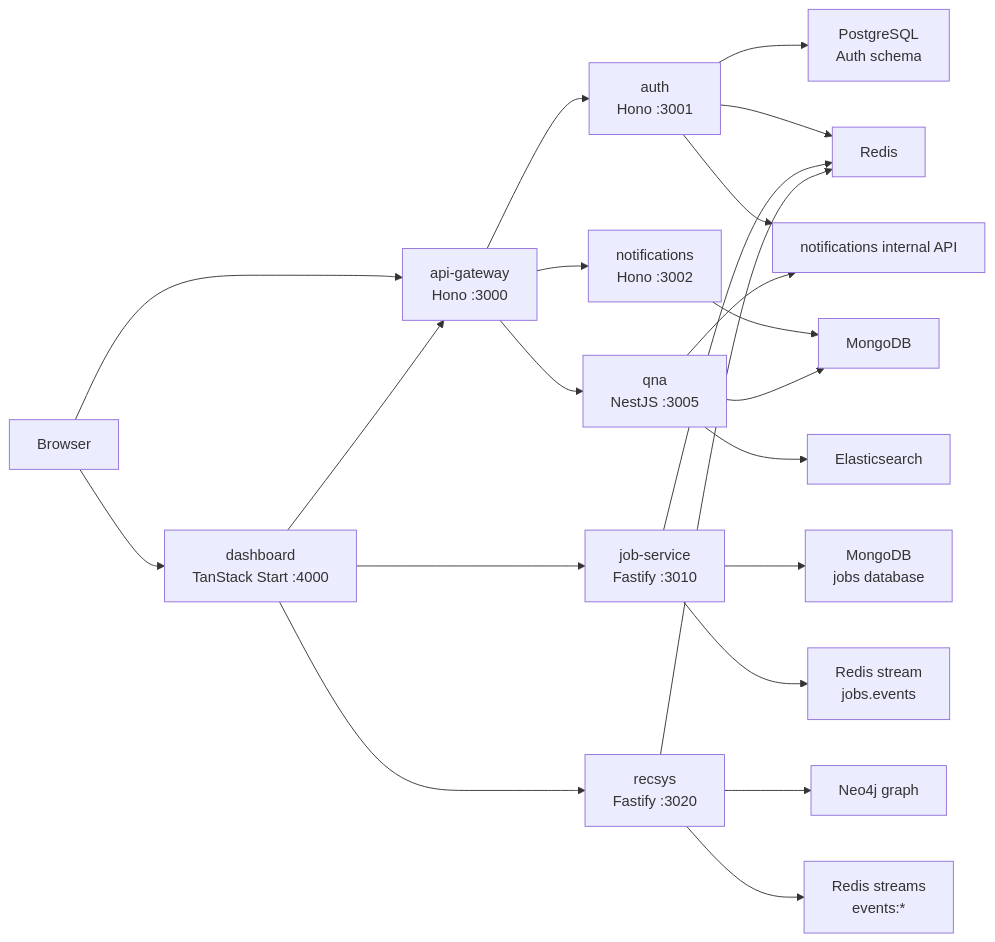
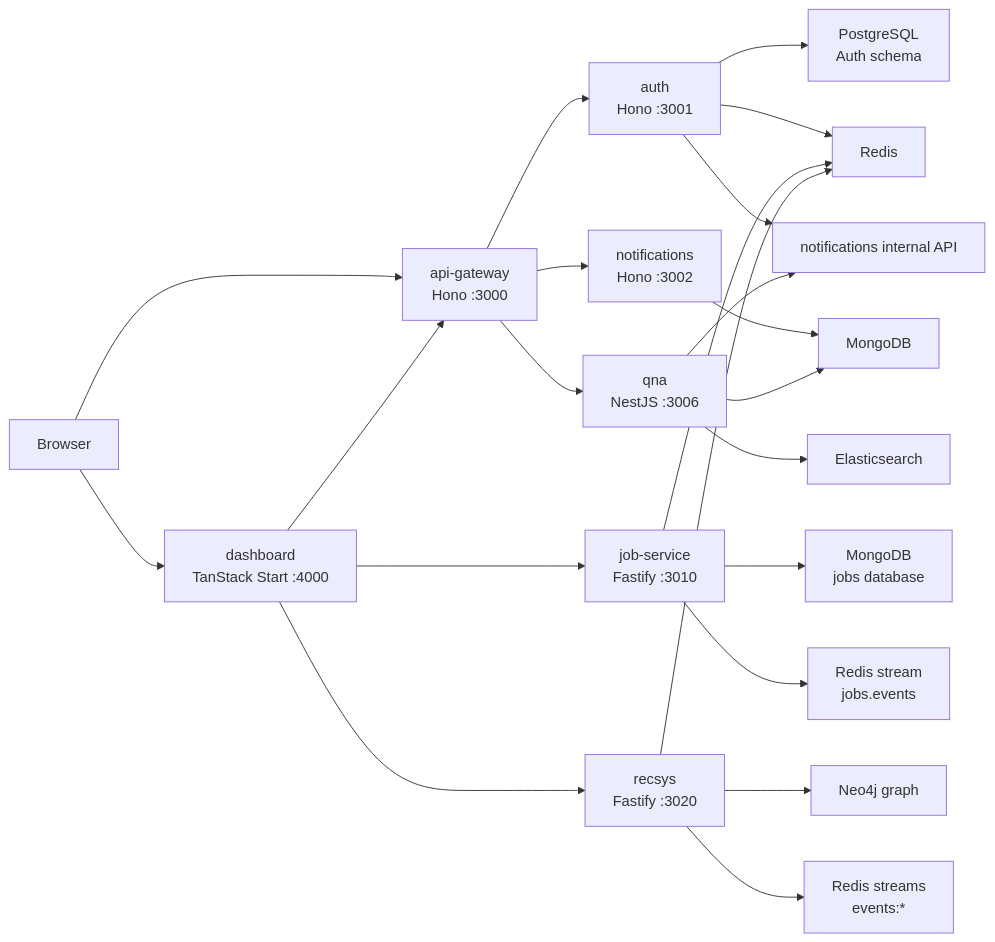
Before and after one commit to zgid123/master-project-advanced-database: the first of 7 diagrams in ARCHITECTURE.md, drawn with Mermaid. The commit also changed other lines of this file and 15 other files, not shown here.

First line of the commit message:
chore: update API report and architecture documentation

````diff
--- a/ARCHITECTURE.md
+++ b/ARCHITECTURE.md
@@ -17,29 +17,29 @@
 ```mermaid
 flowchart LR
   Browser["Browser"] --> Dashboard["dashboard\nTanStack Start :4000"]
   Browser --> Gateway["api-gateway\nHono :3000"]
 
   Dashboard --> Gateway
   Dashboard --> Jobs["job-service\nFastify :3010"]
   Dashboard --> RecSys["recsys\nFastify :3020"]
   Gateway --> Auth["auth\nHono :3001"]
   Gateway --> Notifications["notifications\nHono :3002"]
-  Gateway --> Qna["qna\nNestJS :3005"]
+  Gateway --> Qna["qna\nNestJS :3006"]
 
   Auth --> AuthPg["PostgreSQL\nAuth schema"]
   Auth --> Redis["Redis"]
   Auth --> NotificationsInternal["notifications internal API"]
 
   Notifications --> Mongo["MongoDB"]
   Qna --> Mongo
   Qna --> Elasticsearch["Elasticsearch"]
   Qna --> NotificationsInternal
 
   Jobs --> JobsMongo["MongoDB\njobs database"]
   Jobs --> Redis
   Jobs --> JobsOutbox["Redis stream\njobs.events"]
 
   RecSys --> Neo4j["Neo4j graph"]
   RecSys --> Redis
   RecSys --> RecSysStreams["Redis streams\nevents:*"]
 ```
````
